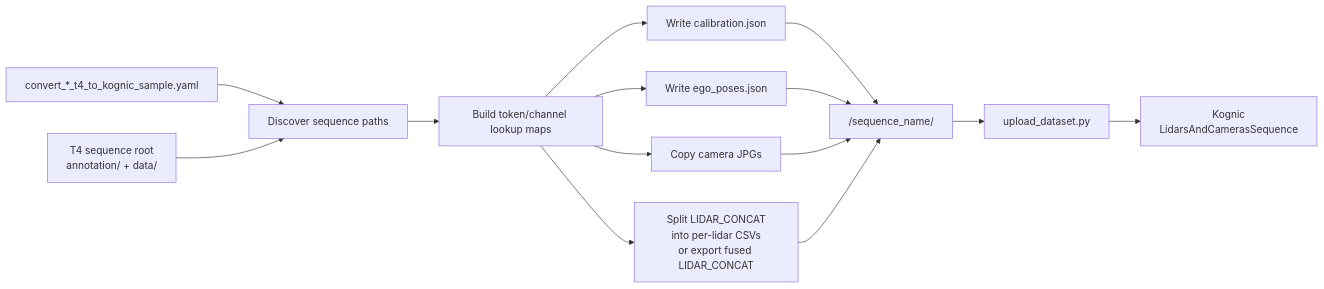
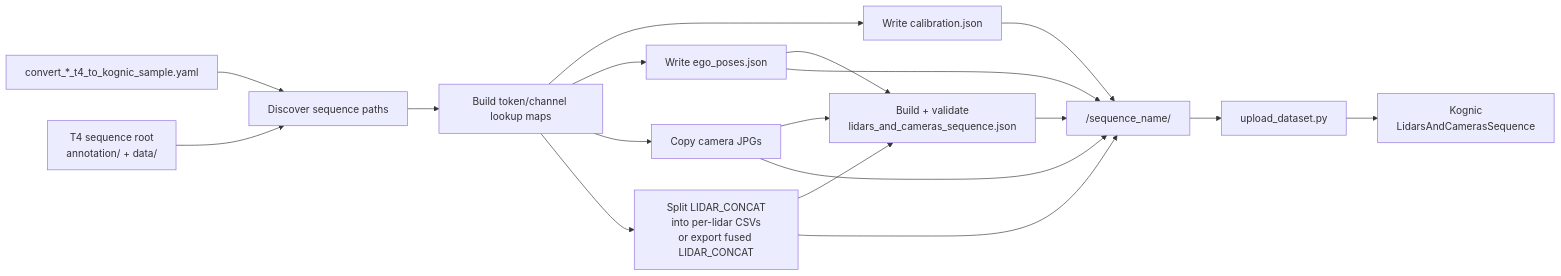
One commit to tier4/tier4_perception_dataset changed the second of 8 diagrams in docs/tier_iv_t4_extractor_to_kognic.md. Above: the diagram before and after it, drawn with Mermaid. The commit also changed other lines of this file and 3 other files, not shown here.

````diff
--- a/docs/tier_iv_t4_extractor_to_kognic.md
+++ b/docs/tier_iv_t4_extractor_to_kognic.md
@@ -78,28 +82,33 @@
 ```mermaid
 flowchart LR
   Config["convert_*_t4_to_kognic_sample.yaml"]
   T4["T4 sequence root<br/>annotation/ + data/"]
   Discover["Discover sequence paths"]
   Lookups["Build token/channel lookup maps"]
   Calibration["Write calibration.json"]
   Ego["Write ego_poses.json"]
   Images["Copy camera JPGs"]
   Lidar["Split LIDAR_CONCAT<br/>into per-lidar CSVs<br/>or export fused LIDAR_CONCAT"]
+  Sequence["Build + validate<br/>lidars_and_cameras_sequence.json"]
   Extracted["<output_base>/sequence_name/"]
   Upload["upload_dataset.py"]
   Kognic["Kognic<br/>LidarsAndCamerasSequence"]
 
   Config --> Discover
   T4 --> Discover
   Discover --> Lookups
   Lookups --> Calibration
   Lookups --> Ego
   Lookups --> Images
   Lookups --> Lidar
+  Ego --> Sequence
+  Images --> Sequence
+  Lidar --> Sequence
   Calibration --> Extracted
   Ego --> Extracted
   Images --> Extracted
   Lidar --> Extracted
+  Sequence --> Extracted
   Extracted --> Upload
   Upload --> Kognic
 ```
````
